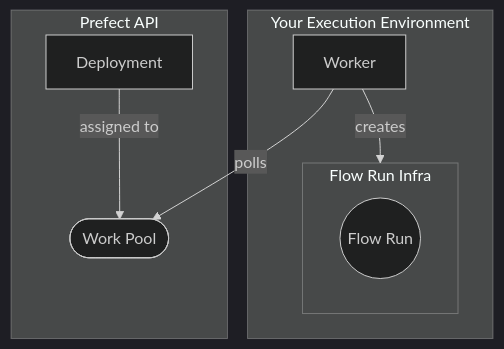
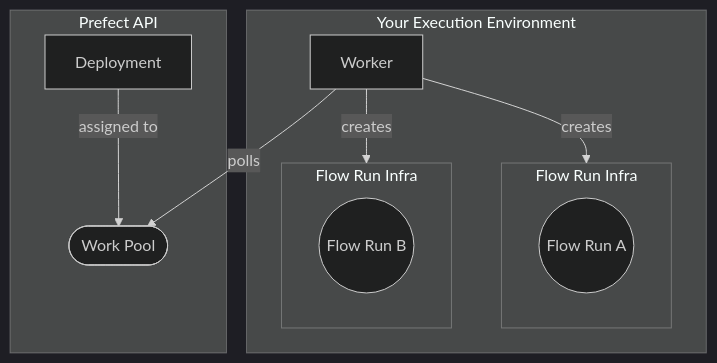
Before and after one commit to PrefectHQ/prefect: the diagram in docs/tutorial/workers.md, drawn with Mermaid (dark theme). The commit also changed other lines of this file, not shown here.

Commit message:
changing diagram to point to two flow runs

````diff
--- a/docs/tutorial/workers.md
+++ b/docs/tutorial/workers.md
@@ -40,17 +40,21 @@
 ```mermaid
 graph TD
     subgraph your_infra["Your Execution Environment"]
         worker["Worker"]
 				subgraph flow_run_infra[Flow Run Infra]
-					flow_run(("Flow Run"))
-				end    
+					flow_run_a(("Flow Run A"))
+				end
+                subgraph flow_run_infra_2[Flow Run Infra]
+					flow_run_b(("Flow Run B"))
+				end      
     end
 
     subgraph api["Prefect API"]
 				Deployment --> |assigned to| work_pool
         work_pool(["Work Pool"])
     end
 
     worker --> |polls| work_pool
     worker --> |creates| flow_run_infra
+    worker --> |creates| flow_run_infra_2
 ```
````
